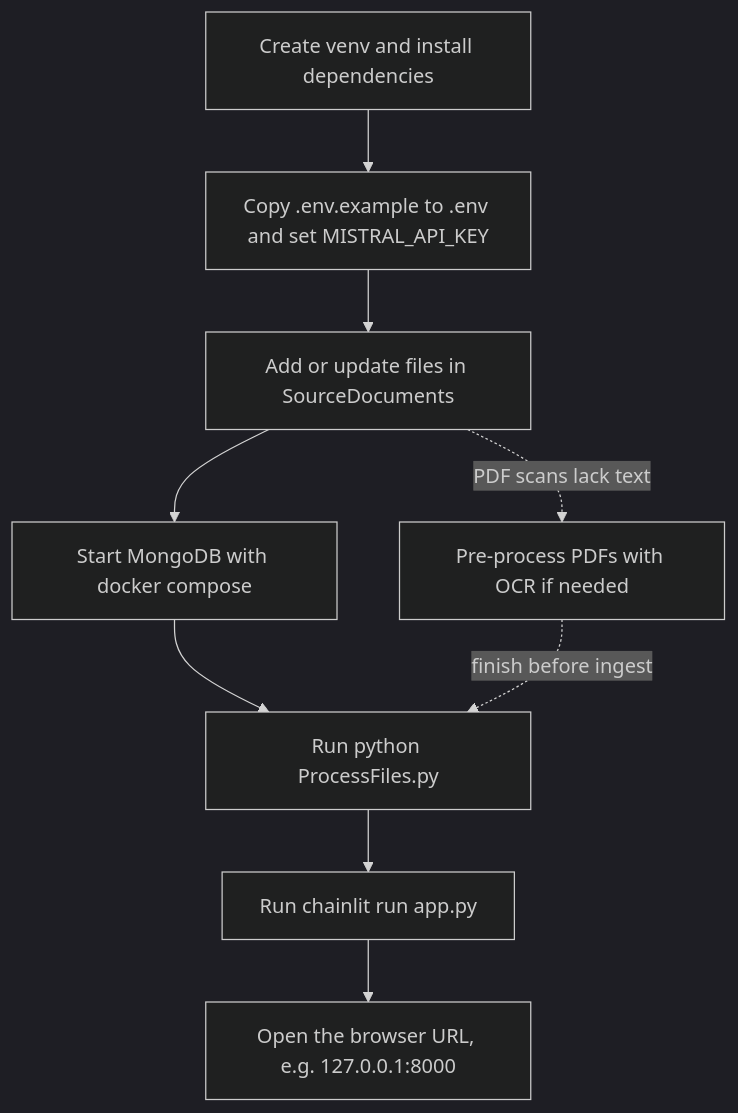
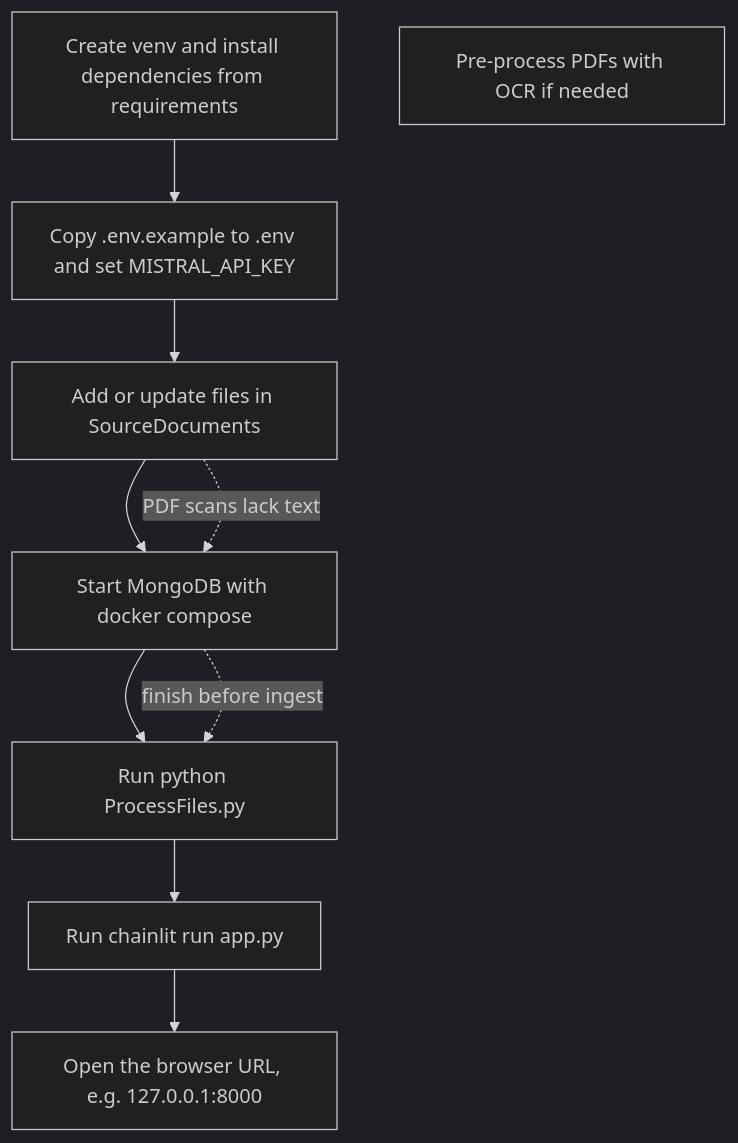
Before and after one commit to rendzina/Giulia-Chatbot-v1: the diagram in README.md, drawn with Mermaid (dark theme). The commit also changed 1 other file, not shown here.

Commit message:
Update README.md to clarify initial setup instructions for creating a virtual environment and enhance flowchart connections. Remove unnecessary .gitkeep file from data directory.

````diff
--- a/README.md
+++ b/README.md
@@ -41,19 +41,20 @@
 ```mermaid
 flowchart TD
-  firstVenv[Create venv and install dependencies]
+  firstVenv[Create venv and install dependencies from requirements]
   firstEnv[Copy .env.example to .env and set MISTRAL_API_KEY]
   addFiles[Add or update files in SourceDocuments]
   startMongo[Start MongoDB with docker compose]
+  
   ingest[Run python ProcessFiles.py]
   ocrPdf[Pre-process PDFs with OCR if needed]
   runUi[Run chainlit run app.py]
   openUi["Open the browser URL, e.g. 127.0.0.1:8000"]
   firstVenv --> firstEnv
   firstEnv --> addFiles
   addFiles --> startMongo
   startMongo --> ingest
-  addFiles -.->|PDF scans lack text| ocrPdf
-  ocrPdf -.->|finish before ingest| ingest
+  addFiles -.->|PDF scans lack text| startMongo
+  startMongo -.->|finish before ingest| ingest
   ingest --> runUi
   runUi --> openUi
 ```
````
